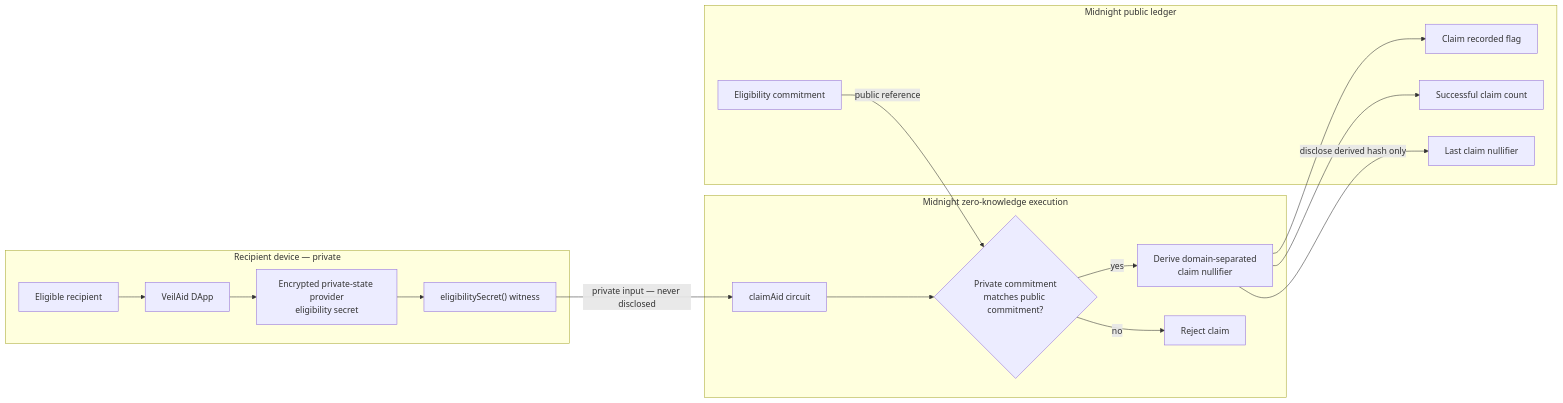
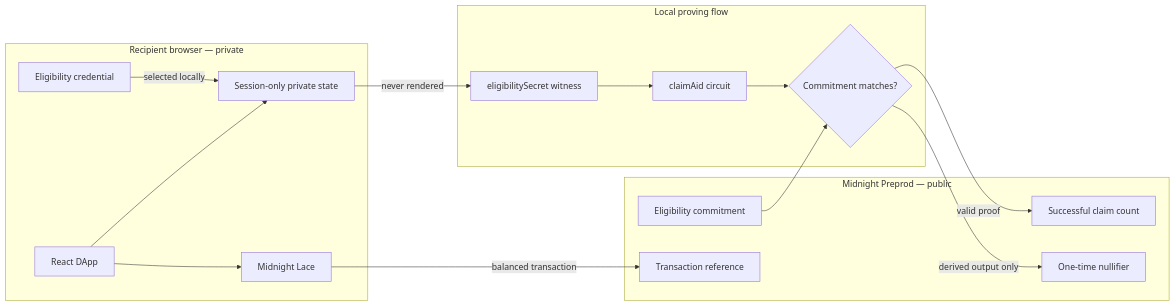
One commit to Yilkash/veil-aid changed the diagram in README.md. Above: the diagram before and after it, drawn with Mermaid. The commit also changed other lines of this file and 1 other file, not shown here.

````diff
--- a/README.md
+++ b/README.md
@@ -44,36 +68,32 @@
 ```mermaid
 flowchart LR
-    subgraph DEVICE["Recipient device — private"]
-        USER["Eligible recipient"]
-        DAPP["VeilAid DApp"]
-        STORE["Encrypted private-state provider<br/>eligibility secret"]
-        WITNESS["eligibilitySecret() witness"]
-
-        USER --> DAPP
-        DAPP --> STORE
-        STORE --> WITNESS
+    subgraph BROWSER["Recipient browser — private"]
+        LACE["Midnight Lace"]
+        FILE["Eligibility credential"]
+        MEMORY["Session-only private state"]
+        UI["React DApp"]
+        FILE -->|"selected locally"| MEMORY
+        UI --> MEMORY
+        UI --> LACE
     end
 
-    subgraph PROOF["Midnight zero-knowledge execution"]
+    subgraph PROOF["Local proving flow"]
+        WITNESS["eligibilitySecret witness"]
         CIRCUIT["claimAid circuit"]
-        CHECK{"Private commitment<br/>matches public commitment?"}
-        NULLIFIER["Derive domain-separated<br/>claim nullifier"]
-
-        CIRCUIT --> CHECK
-        CHECK -->|yes| NULLIFIER
-        CHECK -->|no| REJECT["Reject claim"]
+        CHECK{"Commitment matches?"}
+        MEMORY -->|"never rendered"| WITNESS
+        WITNESS --> CIRCUIT --> CHECK
     end
 
-    subgraph LEDGER["Midnight public ledger"]
+    subgraph LEDGER["Midnight Preprod — public"]
         COMMITMENT["Eligibility commitment"]
-        FLAG["Claim recorded flag"]
         COUNT["Successful claim count"]
-        MARKER["Last claim nullifier"]
+        MARKER["One-time nullifier"]
+        RECEIPT["Transaction reference"]
     end
 
-    WITNESS -->|"private input — never disclosed"| CIRCUIT
-    COMMITMENT -->|"public reference"| CHECK
-    NULLIFIER -->|"disclose derived hash only"| MARKER
-    NULLIFIER --> FLAG
-    NULLIFIER --> COUNT
+    COMMITMENT --> CHECK
+    CHECK -->|"valid proof"| COUNT
+    CHECK -->|"derived output only"| MARKER
+    LACE -->|"balanced transaction"| RECEIPT
 ```
````
